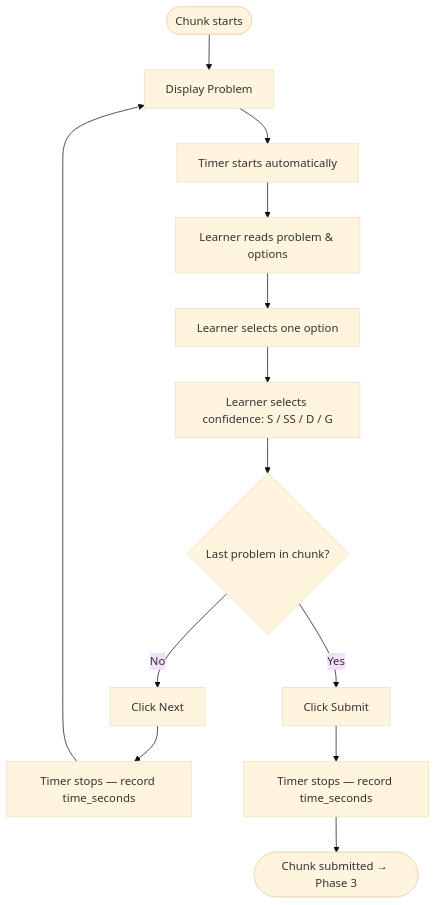
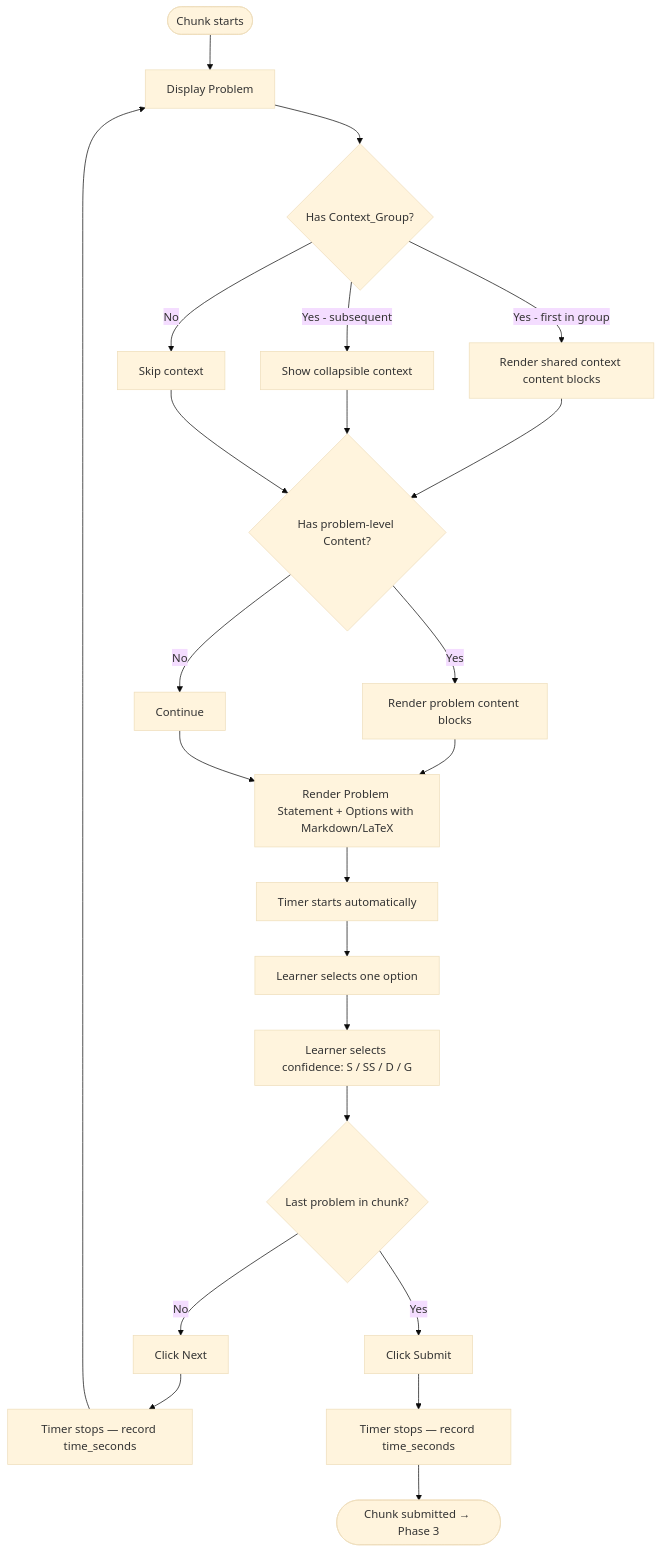
One commit to jaynote001/MCQTool changed the third of 8 diagrams in 3_Architecture/2_User_Flow_Diagrams.md. Above: the diagram before and after it, drawn with Mermaid (base theme). The commit also changed other lines of this file and 3 other files, not shown here.

Commit message:
Update Architecture Diagrams

````diff
--- a/3_Architecture/2_User_Flow_Diagrams.md
+++ b/3_Architecture/2_User_Flow_Diagrams.md
@@ -54,15 +60,25 @@
 ```mermaid
 flowchart TD
     A([Chunk starts]) --> B[Display Problem]
-    B --> C[Timer starts automatically]
-    C --> D[Learner reads problem & options]
+    B --> B1{Has Context_Group?}
+    B1 -->|Yes - first in group| B2[Render shared context content blocks]
+    B1 -->|Yes - subsequent| B3[Show collapsible context]
+    B1 -->|No| B4[Skip context]
+    B2 --> B5{Has problem-level Content?}
+    B3 --> B5
+    B4 --> B5
+    B5 -->|Yes| B6[Render problem content blocks]
+    B5 -->|No| B7[Continue]
+    B6 --> C[Render Problem Statement + Options with Markdown/LaTeX]
+    B7 --> C
+    C --> D[Timer starts automatically]
     D --> E[Learner selects one option]
     E --> F[Learner selects confidence: S / SS / D / G]
     F --> G{Last problem in chunk?}
     G -->|No| H[Click Next]
     H --> I[Timer stops — record time_seconds]
     I --> B
     G -->|Yes| J[Click Submit]
     J --> K[Timer stops — record time_seconds]
     K --> L([Chunk submitted → Phase 3])
 ```
````
